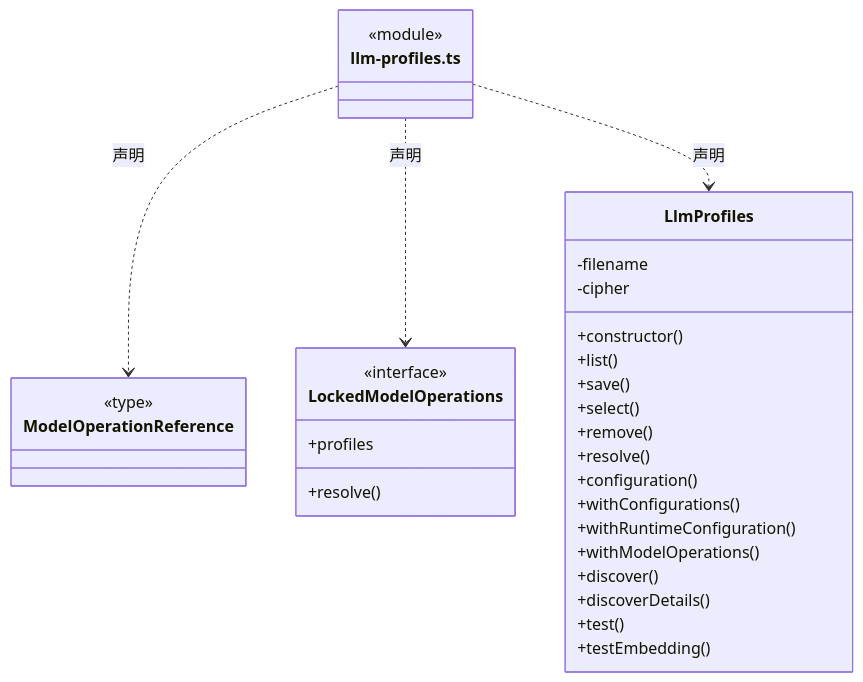
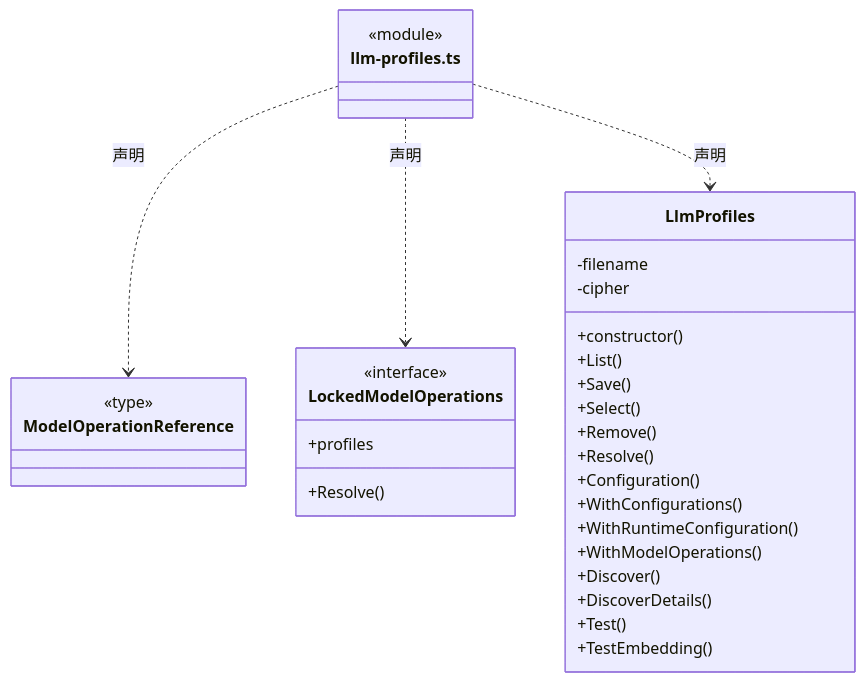
One commit to nan023062/cbim changed the third of 5 diagrams in src/logic/models/service/ARCHITECTURE.md. Above: the diagram before and after it, drawn with Mermaid. The commit also changed other lines of this file and 1035 other files, not shown here.

````diff
--- a/src/logic/models/service/ARCHITECTURE.md
+++ b/src/logic/models/service/ARCHITECTURE.md
@@ -73,36 +73,36 @@
 ```mermaid
 classDiagram
 class N_src_logic_models_service_llm_profiles_ts["llm-profiles.ts"] {
   <<module>>
 }
 class N_src_logic_models_service_llm_profiles_ts_ModelOperationReference["ModelOperationReference"] {
   <<type>>
 
 }
 N_src_logic_models_service_llm_profiles_ts ..> N_src_logic_models_service_llm_profiles_ts_ModelOperationReference : 声明
 class N_src_logic_models_service_llm_profiles_ts_LockedModelOperations["LockedModelOperations"] {
   <<interface>>
   +profiles
-  +resolve()
+  +Resolve()
 }
 N_src_logic_models_service_llm_profiles_ts ..> N_src_logic_models_service_llm_profiles_ts_LockedModelOperations : 声明
 class N_src_logic_models_service_llm_profiles_ts_LlmProfiles["LlmProfiles"] {
   +constructor()
-  +list()
-  +save()
-  +select()
-  +remove()
-  +resolve()
-  +configuration()
-  +withConfigurations()
-  +withRuntimeConfiguration()
-  +withModelOperations()
-  +discover()
-  +discoverDetails()
-  +test()
-  +testEmbedding()
+  +List()
+  +Save()
+  +Select()
+  +Remove()
+  +Resolve()
+  +Configuration()
+  +WithConfigurations()
+  +WithRuntimeConfiguration()
+  +WithModelOperations()
+  +Discover()
+  +DiscoverDetails()
+  +Test()
+  +TestEmbedding()
   -filename
   -cipher
 }
 N_src_logic_models_service_llm_profiles_ts ..> N_src_logic_models_service_llm_profiles_ts_LlmProfiles : 声明
 ```
````
